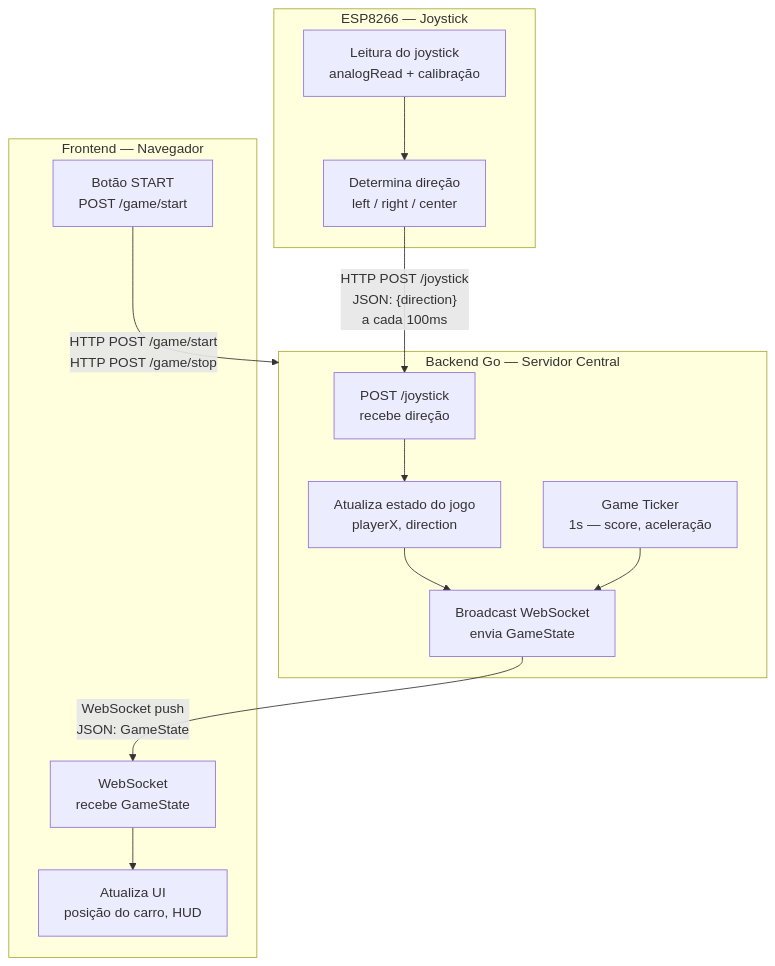
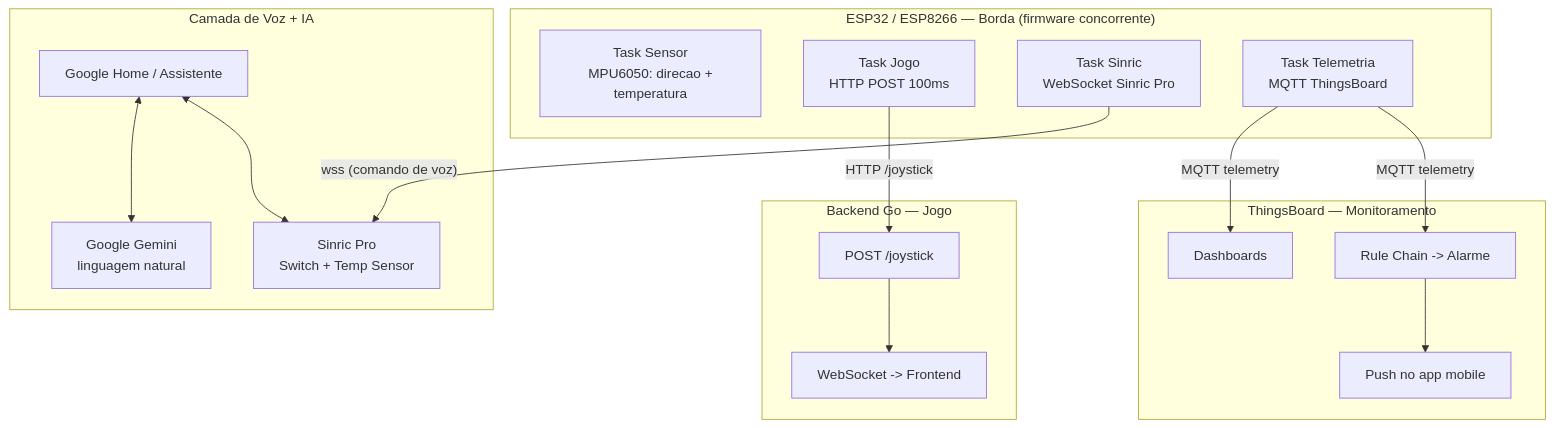
One commit to Jeje-Gab/esp32GameControl changed the diagram in README.md. Above: the diagram before and after it, drawn with Mermaid. The commit also changed other lines of this file and 9 other files, not shown here.

First line of the commit message:
feat: migracao IoT+IA funcional (ESP32 + backend Go + frontend)

````diff
--- a/README.md
+++ b/README.md
@@ -27,28 +40,35 @@
 ```mermaid
 flowchart TD
-    subgraph ESP["ESP8266 — Joystick"]
-        J[Leitura do joystick\n analogRead + calibração]
-        D[Determina direção\n left / right / center]
-        J --> D
+    subgraph ESP["ESP32 / ESP8266 — Borda (firmware concorrente)"]
+        SENS[Task Sensor\n MPU6050: direcao + temperatura]
+        GAME[Task Jogo\n HTTP POST 100ms]
+        SINRIC[Task Sinric\n WebSocket Sinric Pro]
+        TELE[Task Telemetria\n MQTT ThingsBoard]
     end
 
-    subgraph Backend["Backend Go — Servidor Central"]
-        R[POST /joystick\n recebe direção]
-        S[Atualiza estado do jogo\n playerX, direction]
-        T[Game Ticker\n 1s — score, aceleração]
-        B[Broadcast WebSocket\n envia GameState]
-        R --> S --> B
-        T --> B
+    subgraph Voz["Camada de Voz + IA"]
+        GH[Google Home / Assistente]
+        GEM[Google Gemini\n linguagem natural]
+        SP[Sinric Pro\n Switch + Temp Sensor]
+        GH <--> GEM
+        GH <--> SP
     end
 
-    subgraph Frontend["Frontend — Navegador"]
-        WS[WebSocket\n recebe GameState]
-        UI[Atualiza UI\n posição do carro, HUD]
-        BTN[Botão START\n POST /game/start]
-        WS --> UI
+    subgraph Backend["Backend Go — Jogo"]
+        R[POST /joystick]
+        WS[WebSocket -> Frontend]
+        R --> WS
     end
 
-    D -- "HTTP POST /joystick\n JSON: {direction}\n a cada 100ms" --> R
-    B -- "WebSocket push\n JSON: GameState" --> WS
-    BTN -- "HTTP POST /game/start\n HTTP POST /game/stop" --> Backend
+    subgraph Cloud["ThingsBoard — Monitoramento"]
+        DASH[Dashboards]
+        RULE[Rule Chain -> Alarme]
+        PUSH[Push no app mobile]
+        RULE --> PUSH
+    end
+
+    GAME -- "HTTP /joystick" --> R
+    SINRIC -- "wss (comando de voz)" --> SP
+    TELE -- "MQTT telemetry" --> DASH
+    TELE -- "MQTT telemetry" --> RULE
 ```
````
